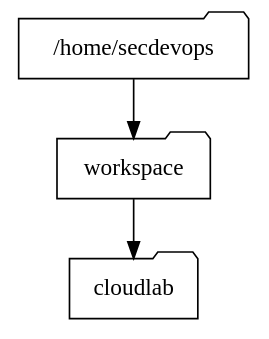
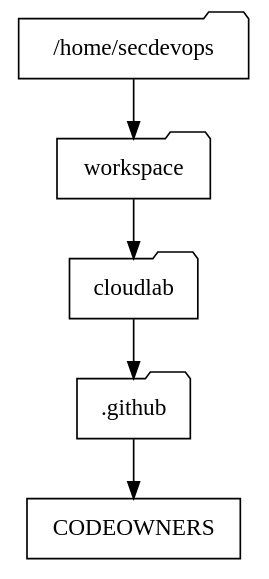
Before and after one commit to ajcborges/devsecops-tactical-workbook: the second of 2 diagrams in docs/_source/revision.rst, drawn with Graphviz. The commit also changed other lines of this file and 10 other files, not shown here.

```diff
--- a/docs/_source/revision.rst
+++ b/docs/_source/revision.rst
@@ -88,11 +146,15 @@
 .. graphviz::
    :caption: Project Directory
    :align: center
 
    digraph folders {
       "/home/secdevops" [shape=folder];
       "workspace" [shape=folder];
       "cloudlab" [shape=folder];
+      ".github" [shape=folder];
+      "CODEOWNERS" [shape=rectangle];
       "/home/secdevops" -> "workspace";
       "workspace" -> "cloudlab";
+      "cloudlab" -> ".github";
+      ".github" -> "CODEOWNERS";
    }
```
